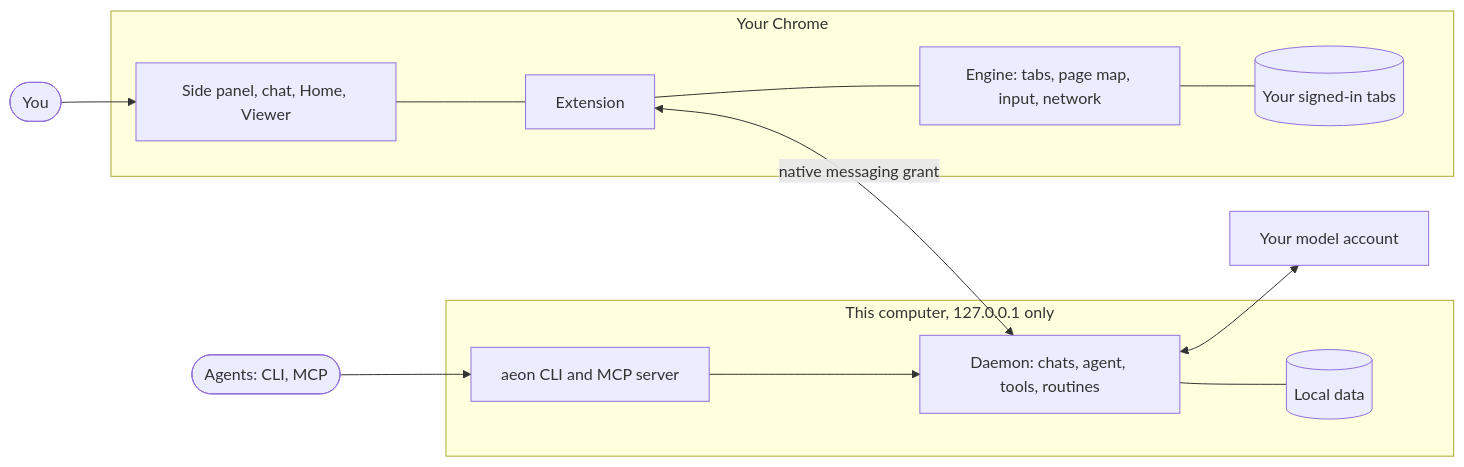
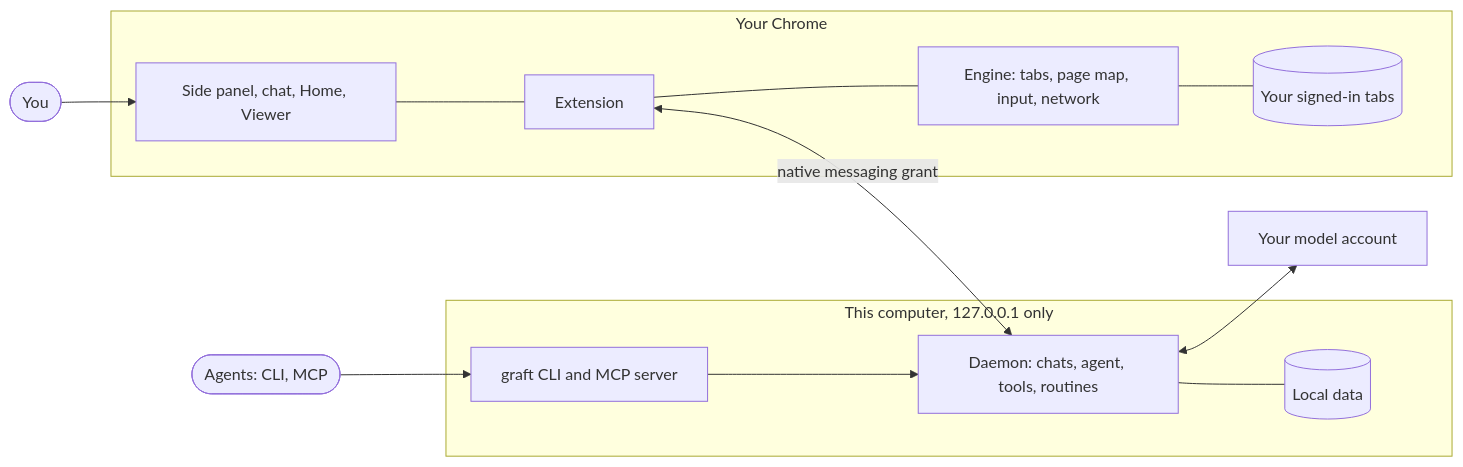
One commit to gillasg/aeon-browser changed the diagram in README.md. Above: the diagram before and after it, drawn with Mermaid. The commit also changed other lines of this file and 980 other files, not shown here.

First line of the commit message:
feat: rename the product from Aeon to Graft (#48)

````diff
--- a/README.md
+++ b/README.md
@@ -75,17 +75,17 @@
 ```mermaid
 flowchart LR
   you([You]) --> panel
   agents([Agents: CLI, MCP]) --> cli
   subgraph chrome [Your Chrome]
     panel[Side panel, chat, Home, Viewer] --- ext[Extension]
     ext --- engine[Engine: tabs, page map, input, network]
     engine --- tabs[(Your signed-in tabs)]
   end
   subgraph local [This computer, 127.0.0.1 only]
     daemon[Daemon: chats, agent, tools, routines] --- store[(Local data)]
-    cli[aeon CLI and MCP server]
+    cli[graft CLI and MCP server]
   end
   ext <-- native messaging grant --> daemon
   cli --> daemon
   daemon <--> model[Your model account]
 ```
````
